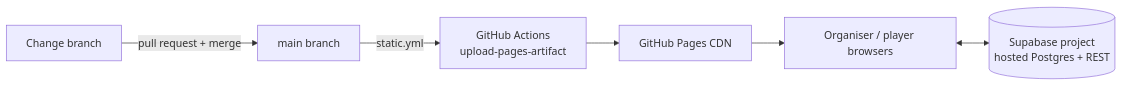
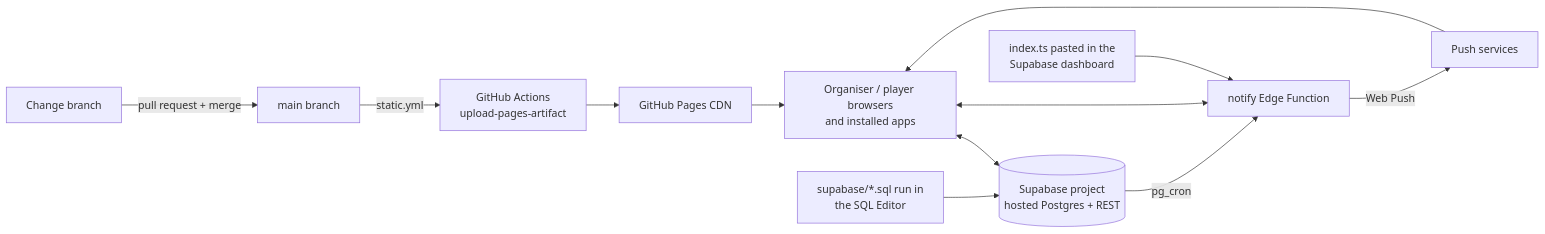
One commit to nealpatel87np/FootballApp changed the third of 10 diagrams in docs/SOLUTION_DESIGN.md. Above: the diagram before and after it, drawn with Mermaid. The commit also changed other lines of this file, not shown here.

````diff
--- a/docs/SOLUTION_DESIGN.md
+++ b/docs/SOLUTION_DESIGN.md
@@ -303,8 +330,13 @@
 ```mermaid
 flowchart LR
   DEV[Change branch] -- pull request + merge --> MAIN[main branch]
   MAIN -- static.yml --> ACT[GitHub Actions<br/>upload-pages-artifact]
   ACT --> GHP[GitHub Pages CDN]
-  GHP --> PHONE[Organiser / player browsers]
+  GHP --> PHONE[Organiser / player browsers<br/>and installed apps]
   PHONE <--> SUPA[(Supabase project<br/>hosted Postgres + REST)]
+  PHONE <--> FN[notify Edge Function]
+  PASTE[index.ts pasted in the<br/>Supabase dashboard] --> FN
+  SQL[supabase/*.sql run in<br/>the SQL Editor] --> SUPA
+  SUPA -- pg_cron --> FN
+  FN -- Web Push --> PUSH[Push services] --> PHONE
 ```
````
